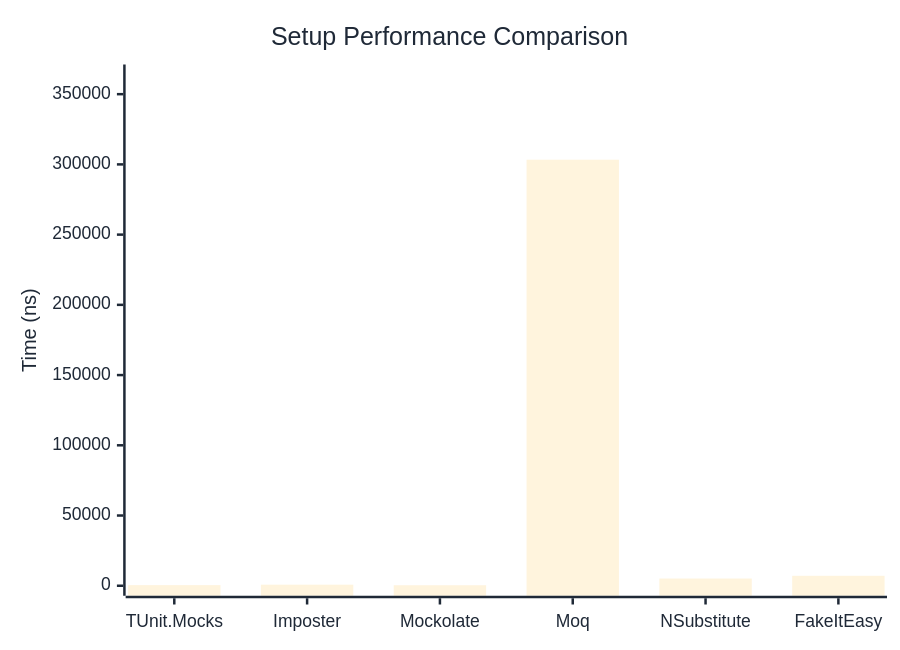
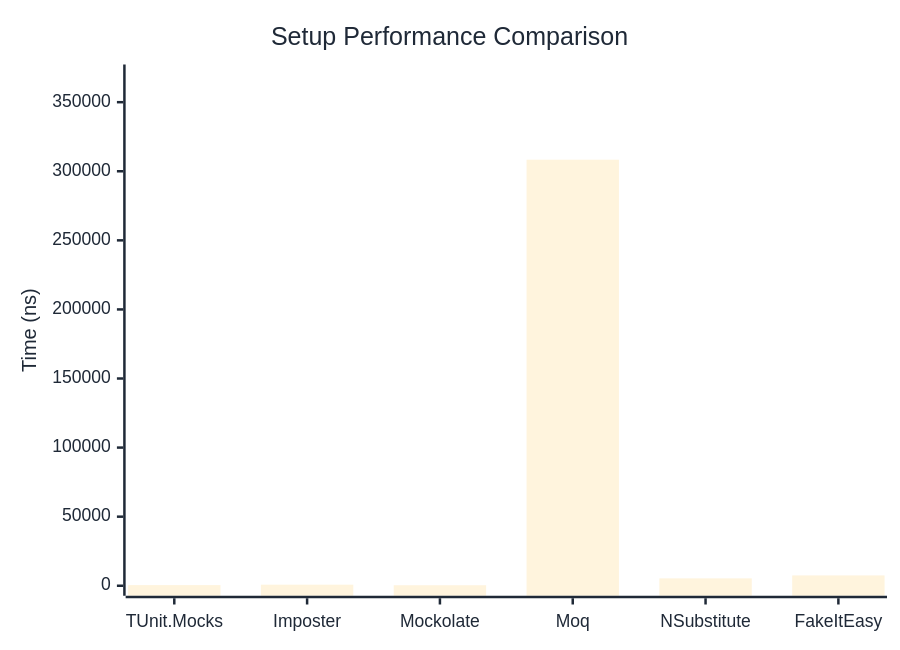
The first of 2 diagrams in docs/docs/benchmarks/mocks/Setup.md (thomhurst/TUnit), drawn with Mermaid before and after one commit. The commit also changed other lines of this file and 14 other files, not shown here.

````diff
--- a/docs/docs/benchmarks/mocks/Setup.md
+++ b/docs/docs/benchmarks/mocks/Setup.md
@@ -28,27 +28,27 @@
 ```mermaid
 %%{init: {
   'theme':'base',
   'themeVariables': {
     'primaryColor': '#2563eb',
     'primaryTextColor': '#1f2937',
     'primaryBorderColor': '#1e40af',
     'lineColor': '#6b7280',
     'secondaryColor': '#7c3aed',
     'tertiaryColor': '#dc2626',
     'background': '#ffffff',
     'pie1': '#2563eb',
     'pie2': '#7c3aed',
     'pie3': '#dc2626',
     'pie4': '#f59e0b',
     'pie5': '#10b981',
     'pie6': '#06b6d4',
     'pie7': '#ec4899',
     'pie8': '#6366f1'
   }
 }}%%
 xychart-beta
   title "Setup Performance Comparison"
   x-axis ["TUnit.Mocks", "Imposter", "Mockolate", "Moq", "NSubstitute", "FakeItEasy"]
-  y-axis "Time (ns)" 0 --> 364004
-  bar [444.7, 767.4, 354.8, 303336, 5136.8, 7086.8]
+  y-axis "Time (ns)" 0 --> 370041
+  bar [461.8, 779.7, 371.5, 308367.5, 5358.1, 7477.7]
 ```
````
